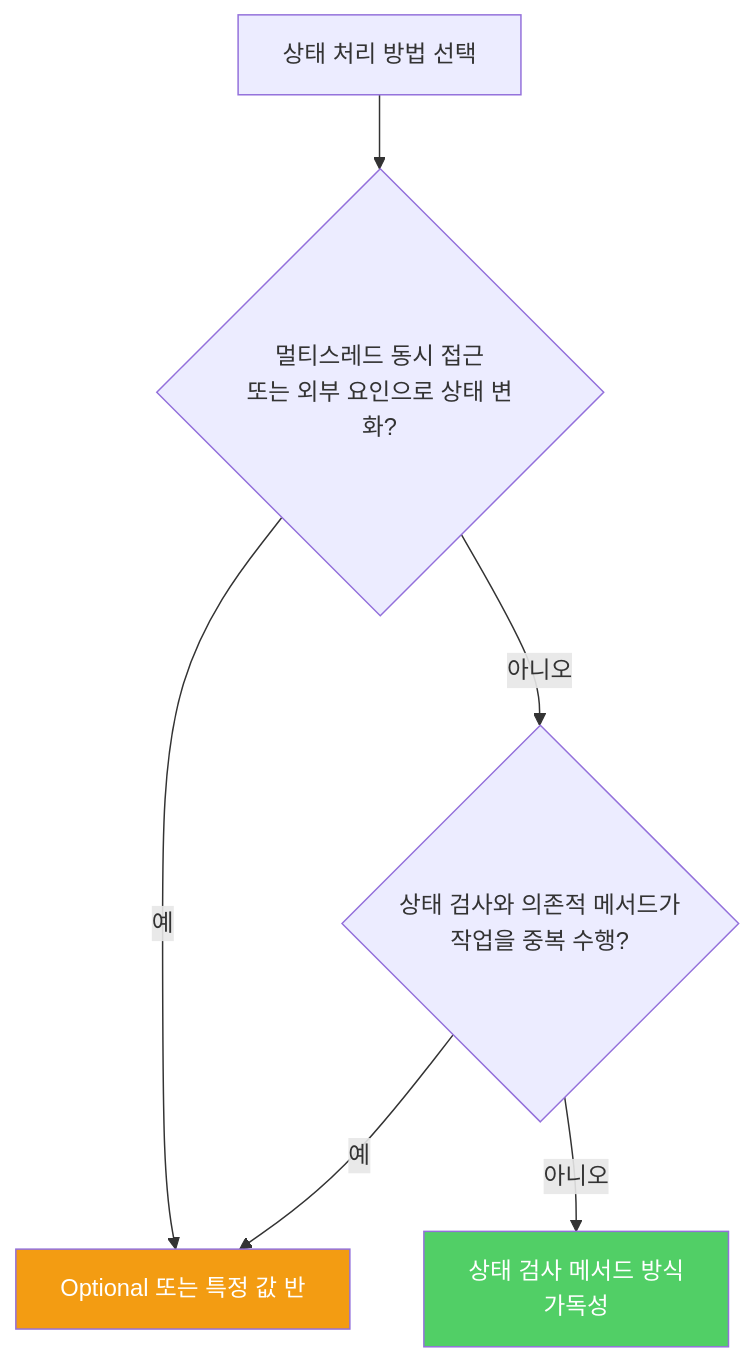
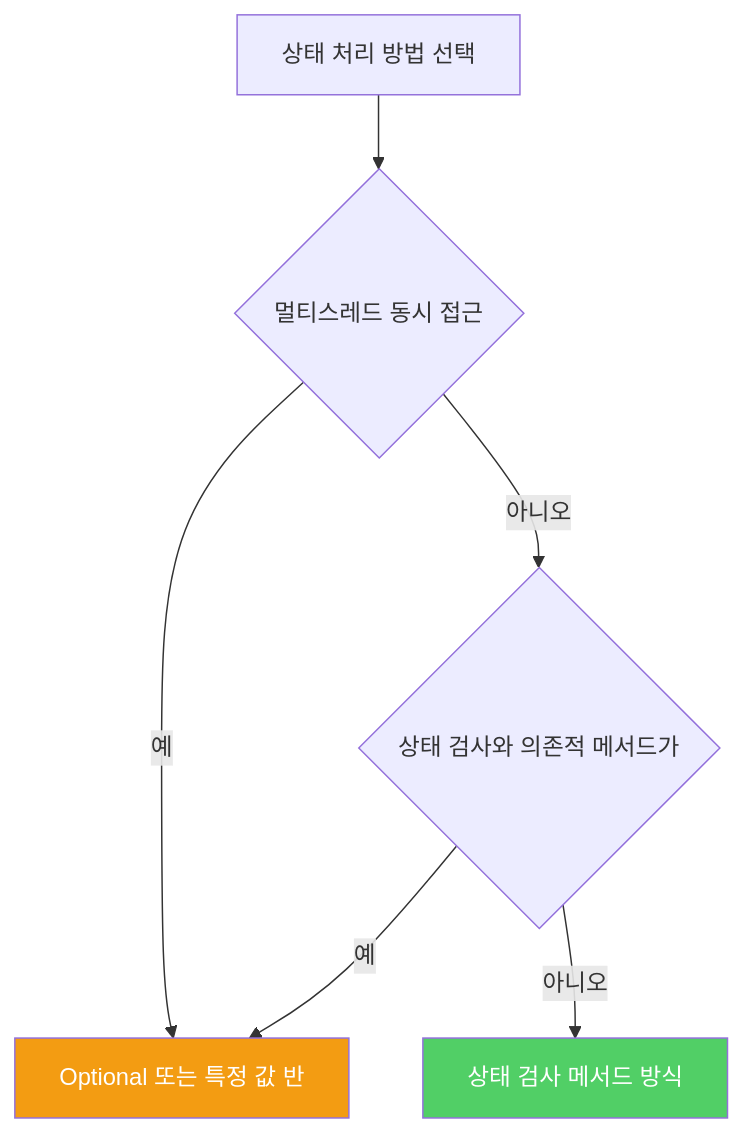
Before and after one commit to yjkim2015/yjkim2015.github.io: the diagram in _posts/java/2022-02-16-effective-java69.md, drawn with Mermaid. The commit also changed 217 other files, not shown here.

First line of the commit message:
Mermaid 크기 수정: useMaxWidth:true + SVG max-width:100% + 라벨 축소

````diff
--- a/_posts/java/2022-02-16-effective-java69.md
+++ b/_posts/java/2022-02-16-effective-java69.md
@@ -94,10 +94,10 @@
 ```mermaid
 graph TD
-    A["상태 처리 방법 선택"] --> B{"멀티스레드 동시 접근\n또는 외부 요인으로 상태 변화?"}
+    A["상태 처리 방법 선택"] --> B{"멀티스레드 동시 접근"}
     B -- 예 --> C["Optional 또는 특정 값 반"]
-    B -- 아니오 --> D{"상태 검사와 의존적 메서드가\n작업을 중복 수행?"}
+    B -- 아니오 --> D{"상태 검사와 의존적 메서드가"}
     D -- 예 --> C
-    D -- 아니오 --> E["상태 검사 메서드 방식\n가독성"]
+    D -- 아니오 --> E["상태 검사 메서드 방식"]
     style C fill:#f39c12,color:#fff
     style E fill:#51cf66,color:#fff
 ```
````
